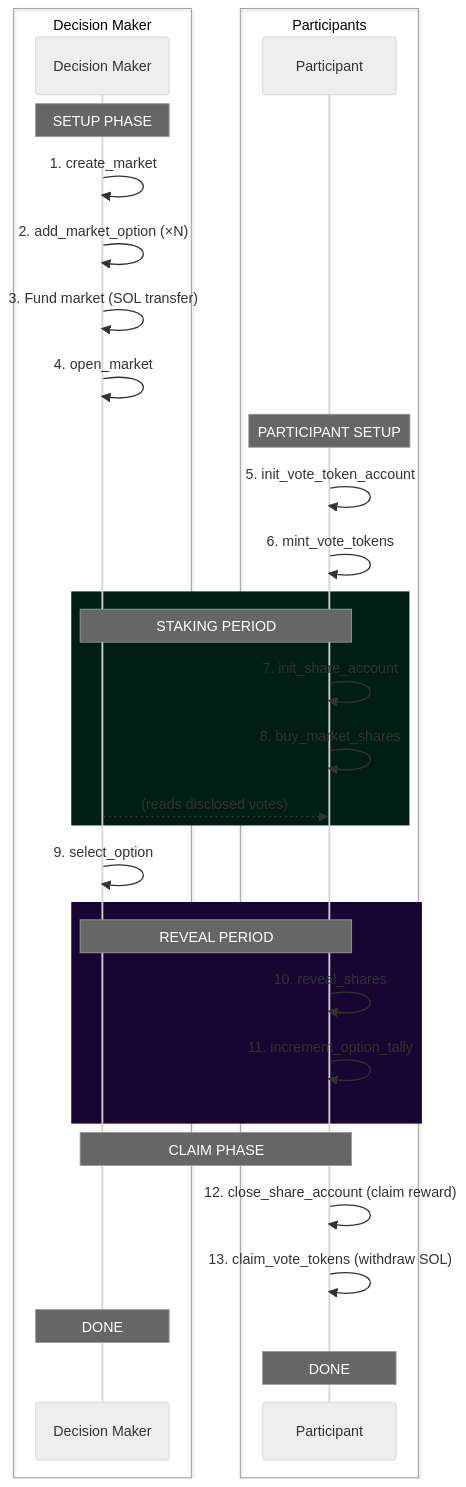
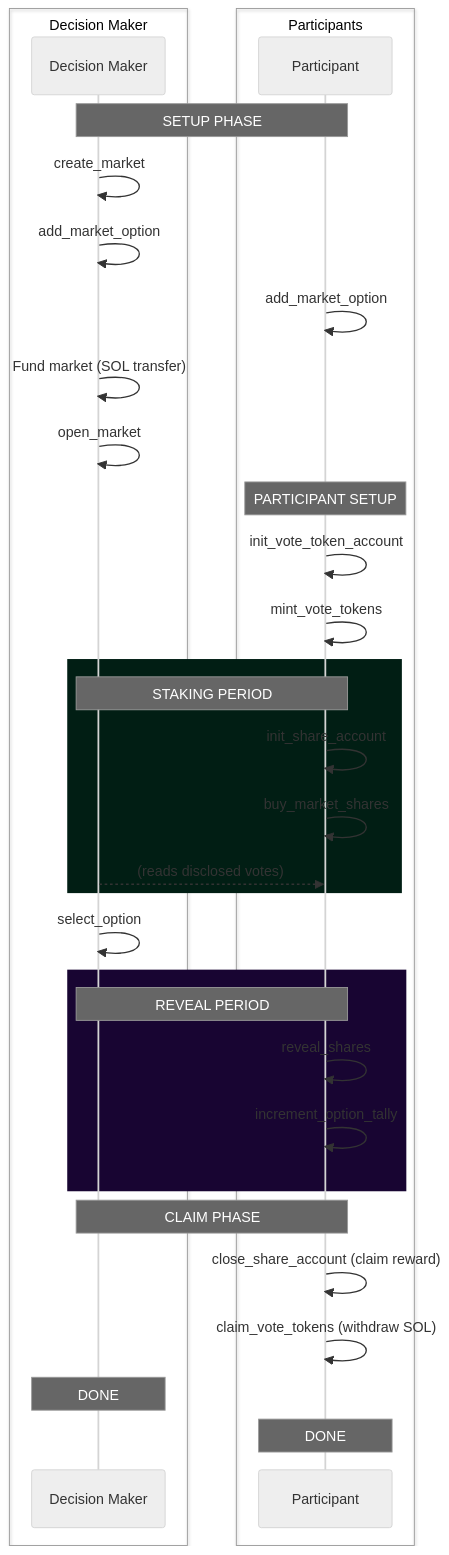
One commit to ilmari-h/solana-conviction-markets changed the diagram in docs/market-life-cycle.md. Above: the diagram before and after it, drawn with Mermaid (neutral theme).

Commit message:
Improve docs

````diff
--- a/docs/market-life-cycle.md
+++ b/docs/market-life-cycle.md
@@ -198,41 +198,42 @@
 ```mermaid
 sequenceDiagram
     box Decision Maker
         participant DM as Decision Maker
     end
     box Participants
         participant P as Participant
     end
 
-    Note over DM: SETUP PHASE
-    DM->>DM: 1. create_market
-    DM->>DM: 2. add_market_option (×N)
-    DM->>DM: 3. Fund market (SOL transfer)
-    DM->>DM: 4. open_market
+    Note over DM,P: SETUP PHASE
+    DM->>DM: create_market
+    DM->>DM: add_market_option
+    P->>P: add_market_option
+    DM->>DM: Fund market (SOL transfer)
+    DM->>DM: open_market
 
     Note over P: PARTICIPANT SETUP
-    P->>P: 5. init_vote_token_account
-    P->>P: 6. mint_vote_tokens
+    P->>P: init_vote_token_account
+    P->>P: mint_vote_tokens
 
     rect rgb(1, 30, 20)
         Note over DM,P: STAKING PERIOD
-        P->>P: 7. init_share_account
-        P->>P: 8. buy_market_shares
+        P->>P: init_share_account
+        P->>P: buy_market_shares
         DM-->>P: (reads disclosed votes)
     end
 
-    DM->>DM: 9. select_option
+    DM->>DM: select_option
 
     rect rgb(24, 5, 50)
         Note over DM,P: REVEAL PERIOD
-        P->>P: 10. reveal_shares
-        P->>P: 11. increment_option_tally
+        P->>P: reveal_shares
+        P->>P: increment_option_tally
     end
 
     Note over DM,P: CLAIM PHASE
-    P->>P: 12. close_share_account (claim reward)
-    P->>P: 13. claim_vote_tokens (withdraw SOL)
+    P->>P: close_share_account (claim reward)
+    P->>P: claim_vote_tokens (withdraw SOL)
 
     Note over DM: DONE
     Note over P: DONE
 ```
````
